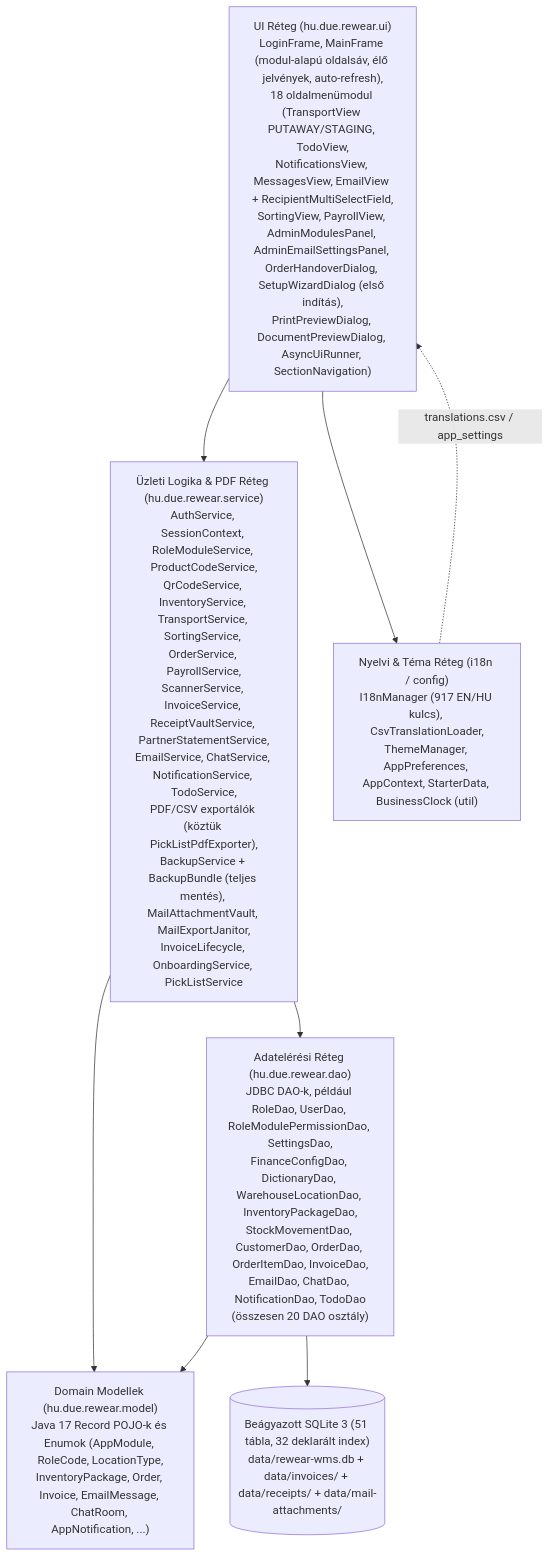
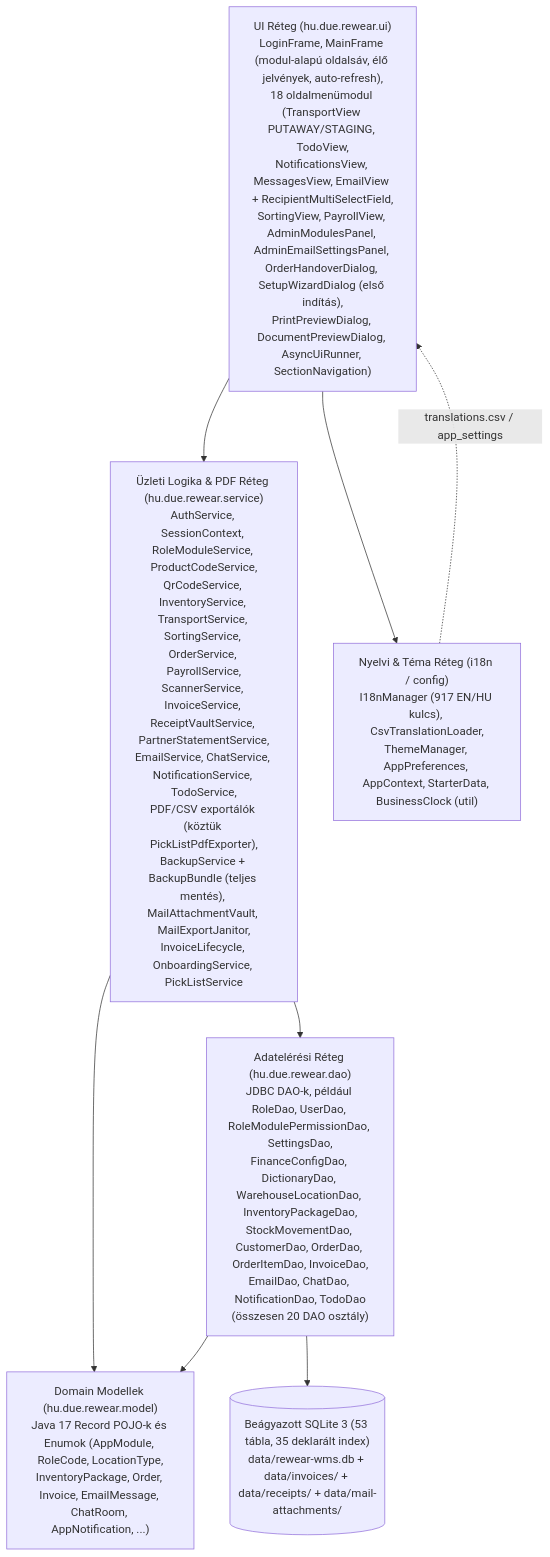
One commit to attilaczudor/due-prog-03 changed the first of 8 diagrams in docs/Programterv.md. Above: the diagram before and after it, drawn with Mermaid. The commit also changed other lines of this file and 19 other files, not shown here.

````diff
--- a/docs/Programterv.md
+++ b/docs/Programterv.md
@@ -11,17 +11,17 @@
 ```mermaid
 flowchart TD
     UI["UI Réteg (hu.due.rewear.ui)<br/>LoginFrame, MainFrame (modul-alapú oldalsáv, élő jelvények, auto-refresh),<br/>18 oldalmenümodul (TransportView PUTAWAY/STAGING, TodoView,<br/>NotificationsView, MessagesView, EmailView + RecipientMultiSelectField,<br/>SortingView, PayrollView, AdminModulesPanel, AdminEmailSettingsPanel, OrderHandoverDialog, SetupWizardDialog (első indítás),<br/>PrintPreviewDialog, DocumentPreviewDialog, AsyncUiRunner, SectionNavigation)"]
     SVC["Üzleti Logika & PDF Réteg (hu.due.rewear.service)<br/>AuthService, SessionContext, RoleModuleService, ProductCodeService,<br/>QrCodeService, InventoryService, TransportService, SortingService, OrderService, PayrollService,<br/>ScannerService, InvoiceService, ReceiptVaultService, PartnerStatementService,<br/>EmailService, ChatService, NotificationService, TodoService,<br/>PDF/CSV exportálók (köztük PickListPdfExporter),<br/>BackupService + BackupBundle (teljes mentés), MailAttachmentVault, MailExportJanitor,<br/>InvoiceLifecycle, OnboardingService, PickListService"]
     I18N["Nyelvi & Téma Réteg (i18n / config)<br/>I18nManager (917 EN/HU kulcs), CsvTranslationLoader,<br/>ThemeManager, AppPreferences, AppContext, StarterData, BusinessClock (util)"]
     DAO["Adatelérési Réteg (hu.due.rewear.dao)<br/>JDBC DAO-k, például RoleDao, UserDao, RoleModulePermissionDao, SettingsDao,<br/>FinanceConfigDao, DictionaryDao, WarehouseLocationDao, InventoryPackageDao,<br/>StockMovementDao, CustomerDao, OrderDao, OrderItemDao, InvoiceDao,<br/>EmailDao, ChatDao, NotificationDao, TodoDao<br/>(összesen 20 DAO osztály)"]
     MODEL["Domain Modellek (hu.due.rewear.model)<br/>Java 17 Record POJO-k és Enumok (AppModule, RoleCode, LocationType,<br/>InventoryPackage, Order, Invoice, EmailMessage, ChatRoom, AppNotification, ...)"]
-    DB[("Beágyazott SQLite 3 (51 tábla, 32 deklarált index)<br/>data/rewear-wms.db + data/invoices/ + data/receipts/ + data/mail-attachments/")]
+    DB[("Beágyazott SQLite 3 (53 tábla, 35 deklarált index)<br/>data/rewear-wms.db + data/invoices/ + data/receipts/ + data/mail-attachments/")]
 
     UI --> SVC
     UI --> I18N
     SVC --> DAO
     SVC --> MODEL
     DAO --> MODEL
     DAO --> DB
     I18N -.->|"translations.csv / app_settings"| UI
 ```
````
